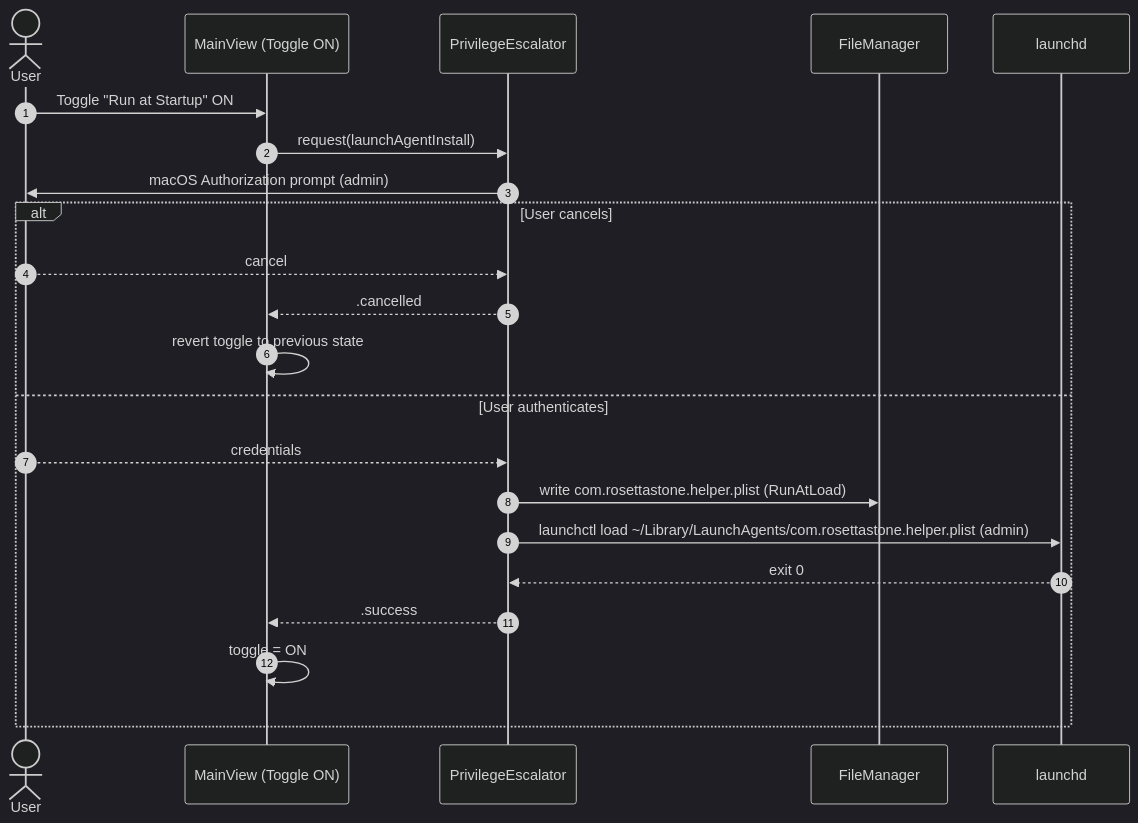
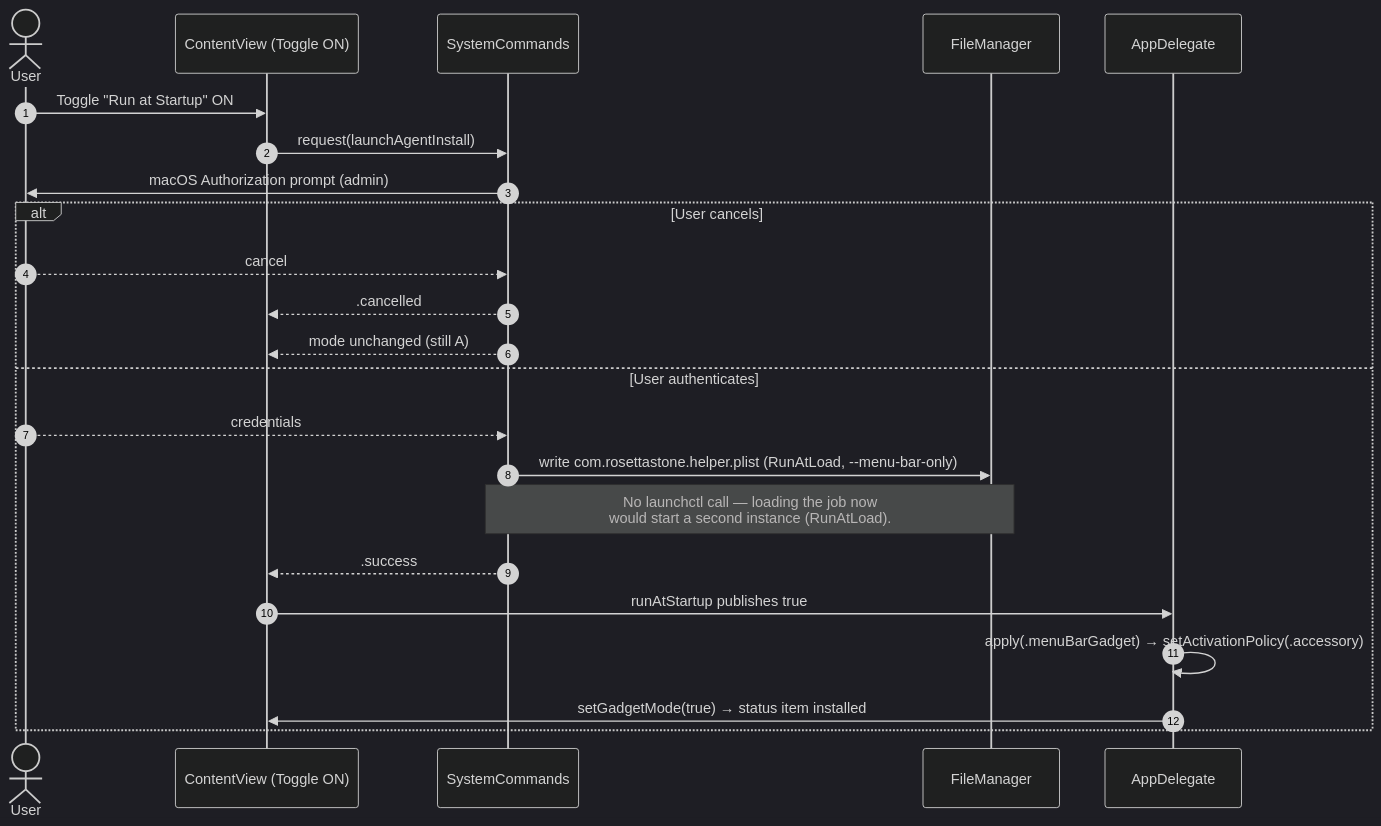
One commit to pppoipoit/Rosetta_Stone changed the second of 7 diagrams in docs/ARCHITECTURE.md. Above: the diagram before and after it, drawn with Mermaid (dark theme). The commit also changed other lines of this file and 24 other files, not shown here.

First line of the commit message:
feat: implement true dual-mode behavior + Sequoia Gatekeeper 2-step

````diff
--- a/docs/ARCHITECTURE.md
+++ b/docs/ARCHITECTURE.md
@@ -119,25 +149,26 @@
 ```mermaid
 sequenceDiagram
     autonumber
     actor U as User
-    participant UI as MainView (Toggle ON)
-    participant P as PrivilegeEscalator
+    participant UI as ContentView (Toggle ON)
+    participant P as SystemCommands
     participant FS as FileManager
-    participant LC as launchd
+    participant AD as AppDelegate
 
     U->>UI: Toggle "Run at Startup" ON
     UI->>P: request(launchAgentInstall)
     P->>U: macOS Authorization prompt (admin)
     alt User cancels
         U-->>P: cancel
         P-->>UI: .cancelled
-        UI->>UI: revert toggle to previous state
+        P-->>UI: mode unchanged (still A)
     else User authenticates
         U-->>P: credentials
-        P->>FS: write com.rosettastone.helper.plist (RunAtLoad)
-        P->>LC: launchctl load ~/Library/LaunchAgents/com.rosettastone.helper.plist (admin)
-        LC-->>P: exit 0
+        P->>FS: write com.rosettastone.helper.plist (RunAtLoad, --menu-bar-only)
+        Note over P,FS: No launchctl call — loading the job now<br/>would start a second instance (RunAtLoad).
         P-->>UI: .success
-        UI->>UI: toggle = ON
+        UI->>AD: runAtStartup publishes true
+        AD->>AD: apply(.menuBarGadget) → setActivationPolicy(.accessory)
+        AD->>UI: setGadgetMode(true) → status item installed
     end
 ```
````
